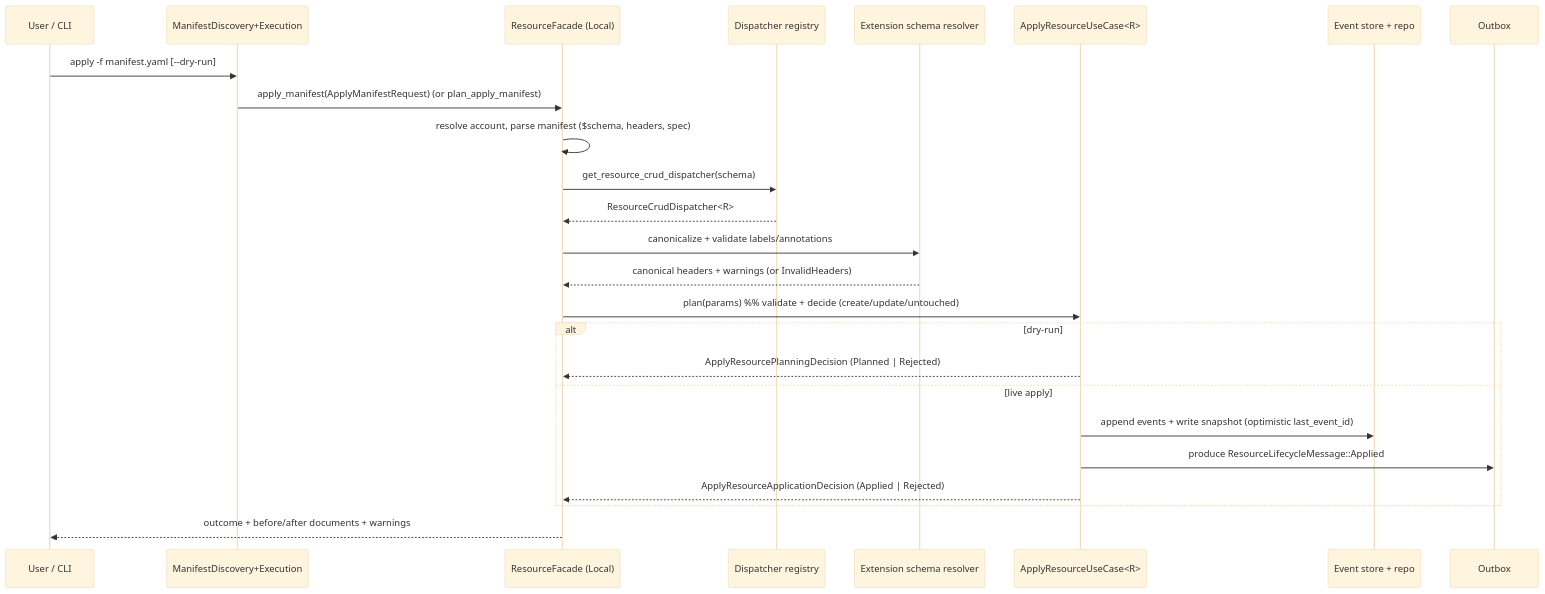
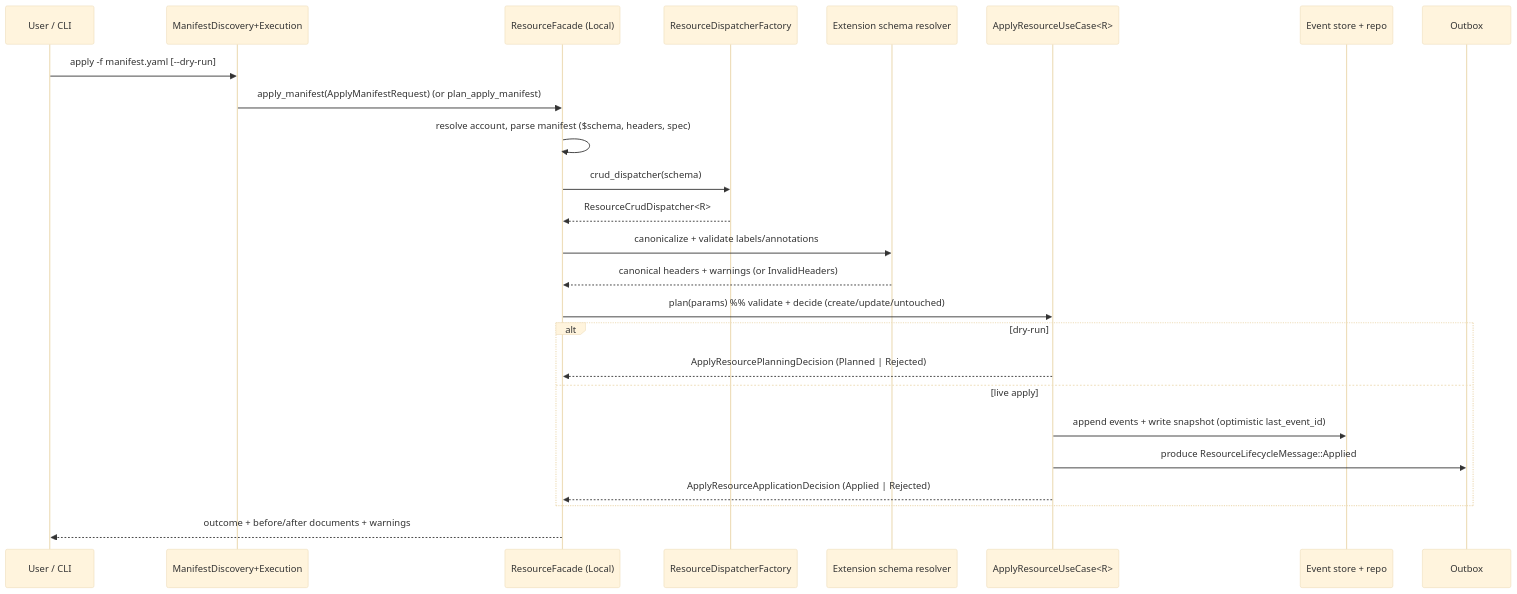
Before and after one commit to kamu-data/kamu-cli: the second of 5 diagrams in docs/internal/resources-framework.md, drawn with Mermaid (base theme). The commit also changed other lines of this file and 14 other files, not shown here.

````diff
--- a/docs/internal/resources-framework.md
+++ b/docs/internal/resources-framework.md
@@ -1085,28 +1107,28 @@
 ```mermaid
 sequenceDiagram
     participant U as User / CLI
     participant D as ManifestDiscovery+Execution
     participant F as ResourceFacade (Local)
-    participant R as Dispatcher registry
+    participant R as ResourceDispatcherFactory
     participant X as Extension schema resolver
     participant UC as ApplyResourceUseCase<R>
     participant ST as Event store + repo
     participant OB as Outbox
 
     U->>D: apply -f manifest.yaml [--dry-run]
     D->>F: apply_manifest(ApplyManifestRequest) (or plan_apply_manifest)
     F->>F: resolve account, parse manifest ($schema, headers, spec)
-    F->>R: get_resource_crud_dispatcher(schema)
+    F->>R: crud_dispatcher(schema)
     R-->>F: ResourceCrudDispatcher<R>
     F->>X: canonicalize + validate labels/annotations
     X-->>F: canonical headers + warnings (or InvalidHeaders)
     F->>UC: plan(params)  %% validate + decide (create/update/untouched)
     alt dry-run
         UC-->>F: ApplyResourcePlanningDecision (Planned | Rejected)
     else live apply
         UC->>ST: append events + write snapshot (optimistic last_event_id)
         UC->>OB: produce ResourceLifecycleMessage::Applied
         UC-->>F: ApplyResourceApplicationDecision (Applied | Rejected)
     end
     F-->>U: outcome + before/after documents + warnings
 ```
````
